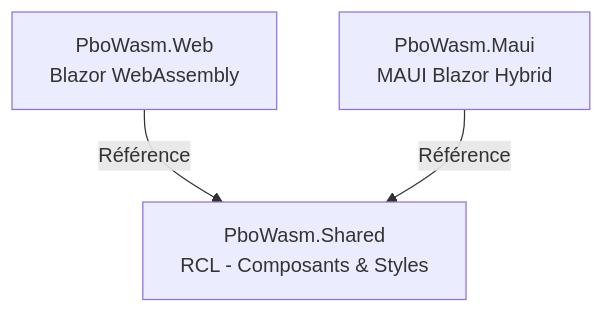
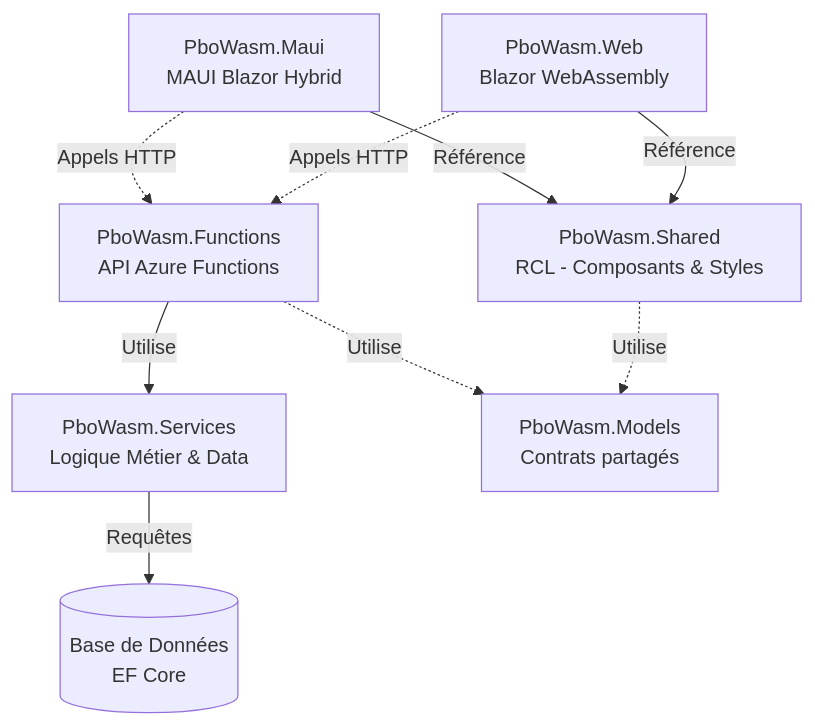
The diagram in PROJECT_GUIDE.md (perrinregis/PboWasm), drawn with Mermaid before and after one commit. The commit also changed other lines of this file, not shown here.

````diff
--- a/PROJECT_GUIDE.md
+++ b/PROJECT_GUIDE.md
@@ -9,9 +9,24 @@
 ```mermaid
 graph TD
+    %% Front-End
     Shared[PboWasm.Shared <br/> RCL - Composants & Styles]
     Web[PboWasm.Web <br/> Blazor WebAssembly]
     Maui[PboWasm.Maui <br/> MAUI Blazor Hybrid]
 
     Web -->|Référence| Shared
     Maui -->|Référence| Shared
+
+    %% Back-End
+    Api[PboWasm.Functions <br/> API Azure Functions]
+    Services[PboWasm.Services <br/> Logique Métier & Data]
+    Models[PboWasm.Models <br/> Contrats partagés]
+    DB[(Base de Données <br/> EF Core)]
+
+    Web -.->|Appels HTTP| Api
+    Maui -.->|Appels HTTP| Api
+    Api -->|Utilise| Services
+    Services -->|Requêtes| DB
+    
+    Shared -.->|Utilise| Models
+    Api -.->|Utilise| Models
 ```
````
